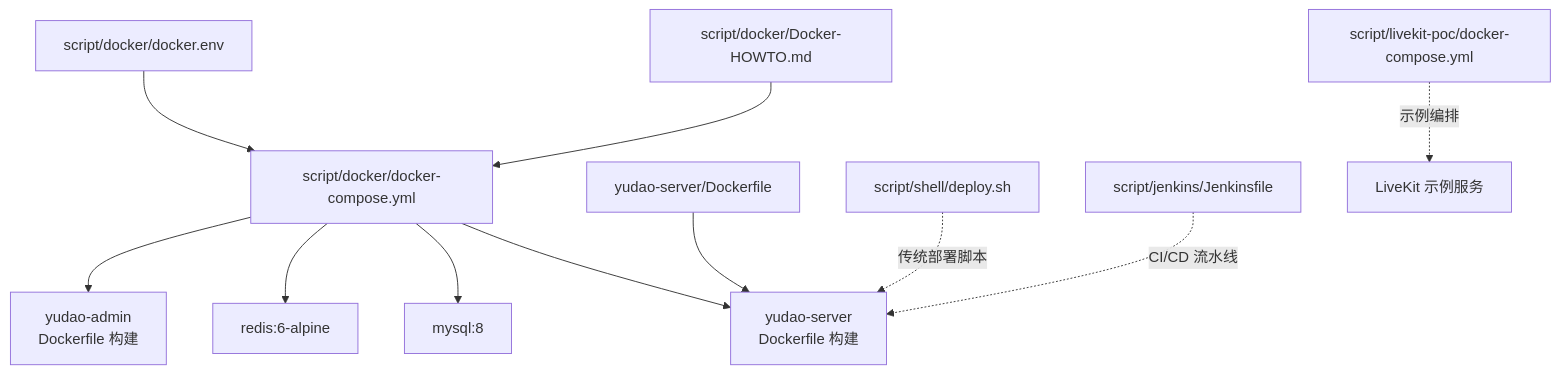
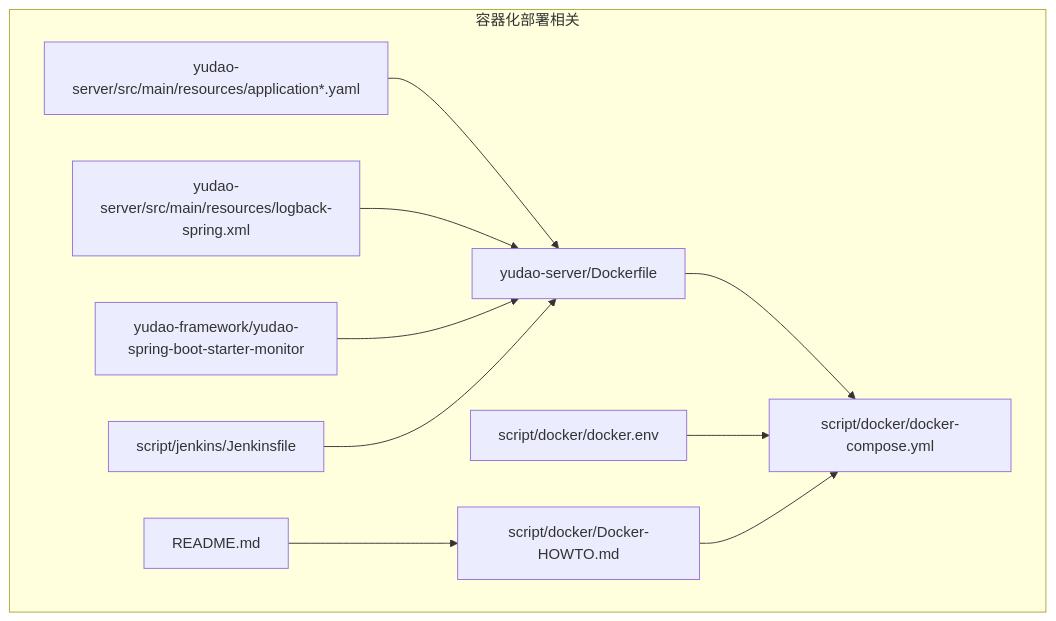
One commit to xiaoche80s-tech/rouyi-vue-pro changed the first of 8 diagrams in .qoder/repowiki/zh/content/部署运维/容器化部署.md. Above: the diagram before and after it, drawn with Mermaid. The commit also changed other lines of this file and 840 other files, not shown here.

````diff
--- a/.qoder/repowiki/zh/content/部署运维/容器化部署.md
+++ b/.qoder/repowiki/zh/content/部署运维/容器化部署.md
@@ -41,13 +46,22 @@
 ```mermaid
 graph TB
-A["script/docker/docker-compose.yml"] --> B["mysql:8"]
-A --> C["redis:6-alpine"]
-A --> D["yudao-server<br/>Dockerfile 构建"]
-A --> E["yudao-admin<br/>Dockerfile 构建"]
-F["script/docker/docker.env"] --> A
-G["yudao-server/Dockerfile"] --> D
-H["script/docker/Docker-HOWTO.md"] --> A
-I["script/shell/deploy.sh"] -. 传统部署脚本 .-> D
-J["script/jenkins/Jenkinsfile"] -. CI/CD 流水线 .-> D
-K["script/livekit-poc/docker-compose.yml"] -. 示例编排 .-> L["LiveKit 示例服务"]
+subgraph "容器化部署相关"
+DF["yudao-server/Dockerfile"]
+DC["script/docker/docker-compose.yml"]
+ENV["script/docker/docker.env"]
+HOWTO["script/docker/Docker-HOWTO.md"]
+APP_YAML["yudao-server/src/main/resources/application*.yaml"]
+LOGBACK["yudao-server/src/main/resources/logback-spring.xml"]
+MONITOR["yudao-framework/yudao-spring-boot-starter-monitor"]
+CI["script/jenkins/Jenkinsfile"]
+ROOT_README["README.md"]
+end
+DF --> DC
+ENV --> DC
+HOWTO --> DC
+APP_YAML --> DF
+LOGBACK --> DF
+MONITOR --> DF
+CI --> DF
+ROOT_README --> HOWTO
 ```
````
